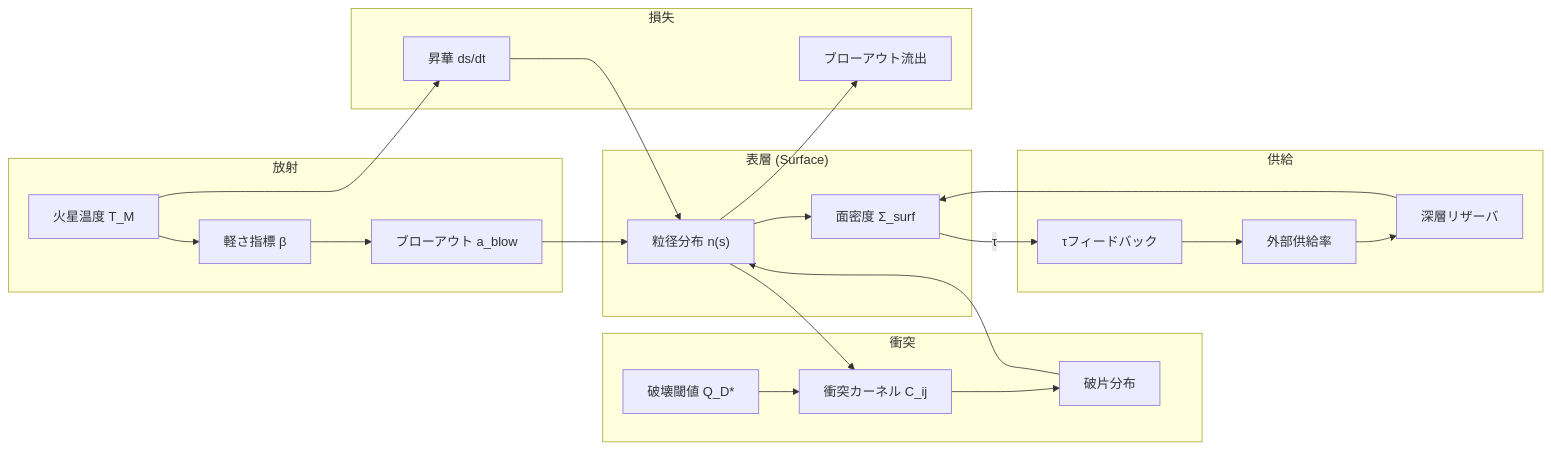
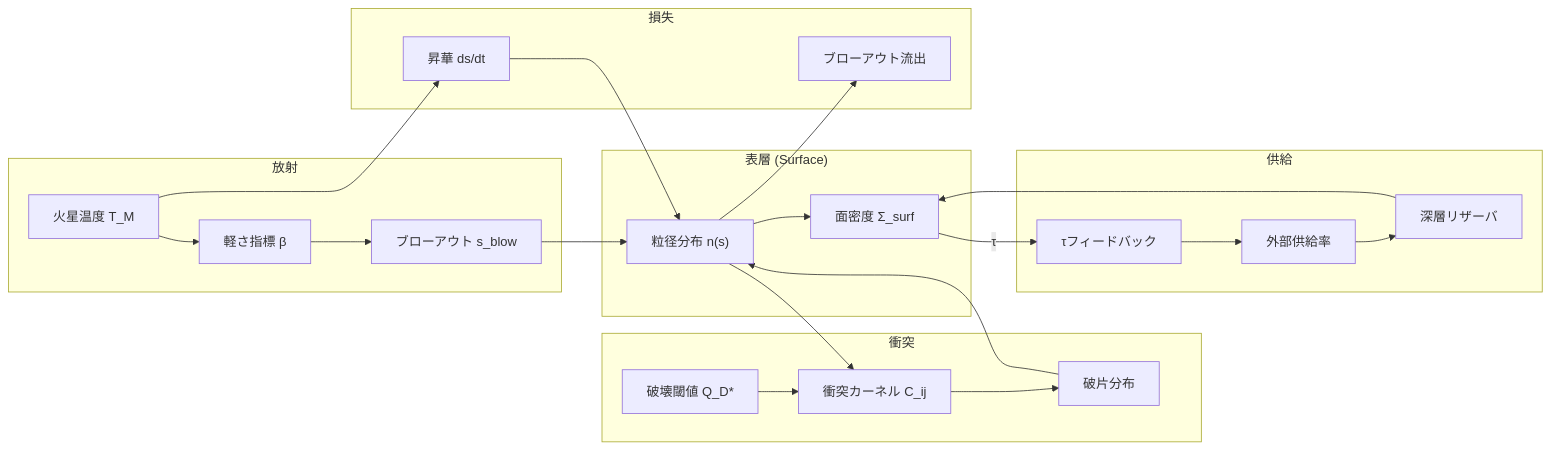
The third of 7 diagrams in analysis/methods.md (Einfeld686/MarsDiskSimulation), drawn with Mermaid before and after one commit. The commit also changed other lines of this file and 21 other files, not shown here.

````diff
--- a/analysis/methods.md
+++ b/analysis/methods.md
@@ -82,39 +137,39 @@
 ```mermaid
 graph LR
     subgraph SURFACE["表層 (Surface)"]
         PSD["粒径分布 n(s)"]
         SIGMA["面密度 Σ_surf"]
     end
     
     subgraph RADIATION["放射"]
         TM["火星温度 T_M"]
         BETA["軽さ指標 β"]
-        BLOW["ブローアウト a_blow"]
+        BLOW["ブローアウト s_blow"]
     end
     
     subgraph COLLISIONS["衝突"]
         KERNEL["衝突カーネル C_ij"]
         QSTAR["破壊閾値 Q_D*"]
         FRAG["破片分布"]
     end
     
     subgraph SINKS["損失"]
         BLOWOUT["ブローアウト流出"]
         SUBL["昇華 ds/dt"]
     end
     
     subgraph SUPPLY_BOX["供給"]
         EXT["外部供給率"]
         DEEP["深層リザーバ"]
         FB["τフィードバック"]
     end
     
     TM --> BETA --> BLOW
     BLOW --> PSD
     PSD --> KERNEL --> FRAG --> PSD
     PSD --> SIGMA
     SIGMA -->|"τ"| FB --> EXT --> DEEP --> SIGMA
     PSD --> BLOWOUT
     TM --> SUBL --> PSD
     QSTAR --> KERNEL
 ```
````
